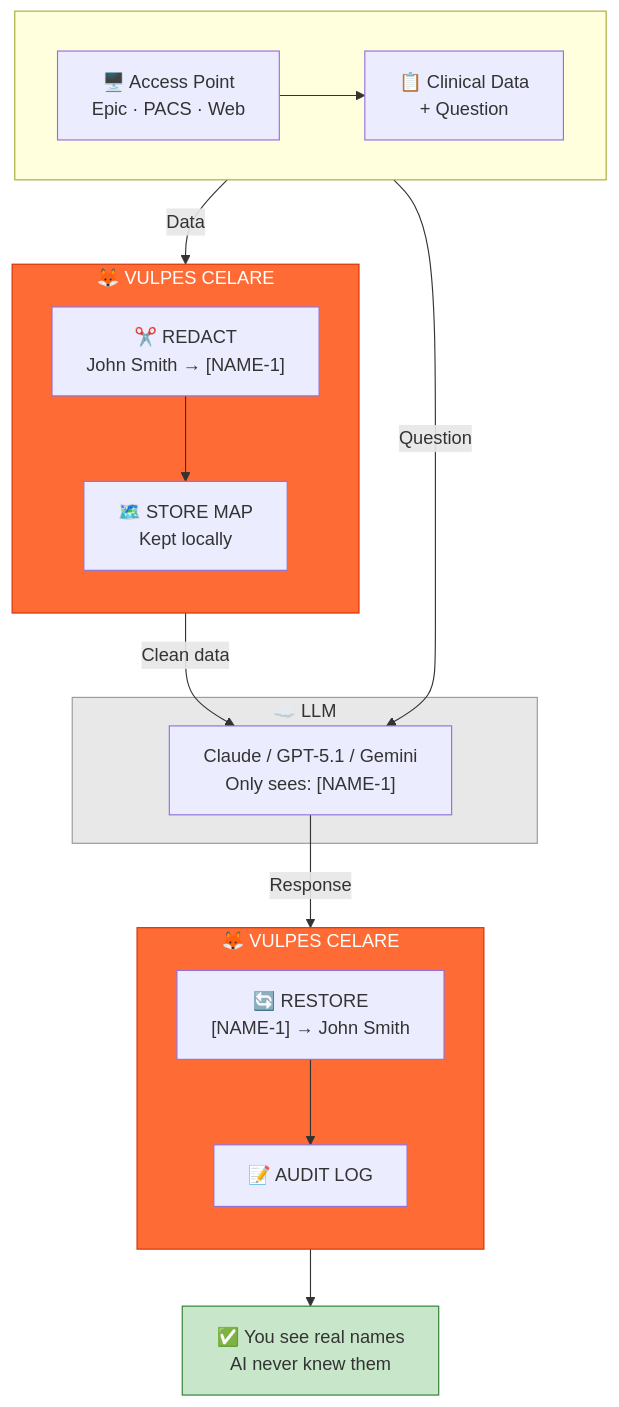
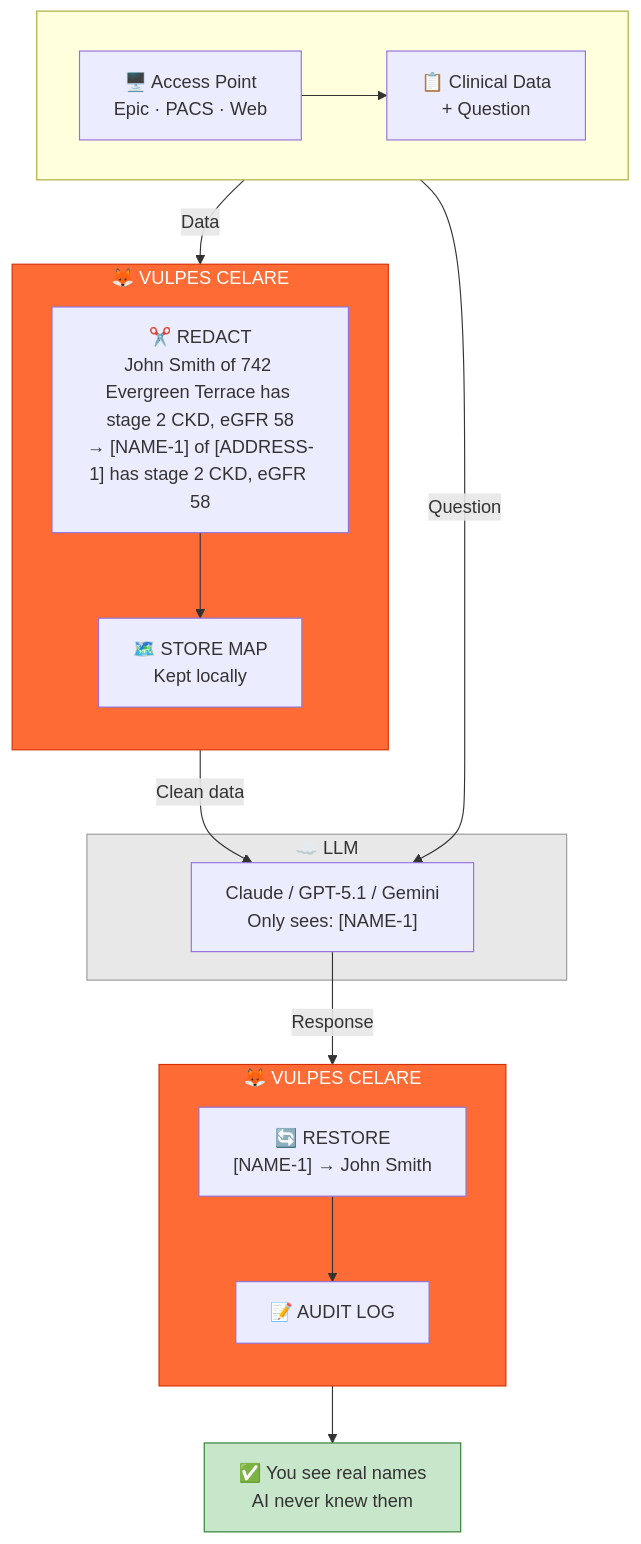
One commit to DocHatty/Vulpes-Celare changed the diagram in README.md. Above: the diagram before and after it, drawn with Mermaid.

````diff
--- a/README.md
+++ b/README.md
@@ -36,43 +36,43 @@
 ```mermaid
 flowchart TB
     subgraph INPUT [" "]
         direction LR
         Access["🖥️ Access Point<br/>Epic · PACS · Web"]
         Data["📋 Clinical Data<br/>+ Question"]
     end
 
     Access --> Data
 
     subgraph CORE ["🦊 VULPES CELARE"]
         direction TB
-        Redact["✂️ REDACT<br/>John Smith → [NAME-1]"]
+        Redact["✂️ REDACT<br/>John Smith of 742 Evergreen Terrace has stage 2 CKD, eGFR 58<br/>→ [NAME-1] of [ADDRESS-1] has stage 2 CKD, eGFR 58"]
         Map["🗺️ STORE MAP<br/>Kept locally"]
         Redact --> Map
     end
 
     Data -->|"Data"| Redact
     Data -->|"Question"| LLM
 
     subgraph EXT ["☁️ LLM"]
         LLM["Claude / GPT-5.1 / Gemini<br/>Only sees: [NAME-1]"]
     end
 
     Map -->|"Clean data"| LLM
 
     subgraph CORE2 ["🦊 VULPES CELARE"]
         direction TB
         Restore["🔄 RESTORE<br/>[NAME-1] → John Smith"]
         Audit["📝 AUDIT LOG"]
         Restore --> Audit
     end
 
     LLM -->|"Response"| Restore
 
     Result["✅ You see real names<br/>AI never knew them"]
     Audit --> Result
 
     style CORE fill:#ff6b35,stroke:#d63000,color:#fff
     style CORE2 fill:#ff6b35,stroke:#d63000,color:#fff
     style EXT fill:#e8e8e8,stroke:#999
     style Result fill:#c8e6c9,stroke:#2e7d32
 ```
````
